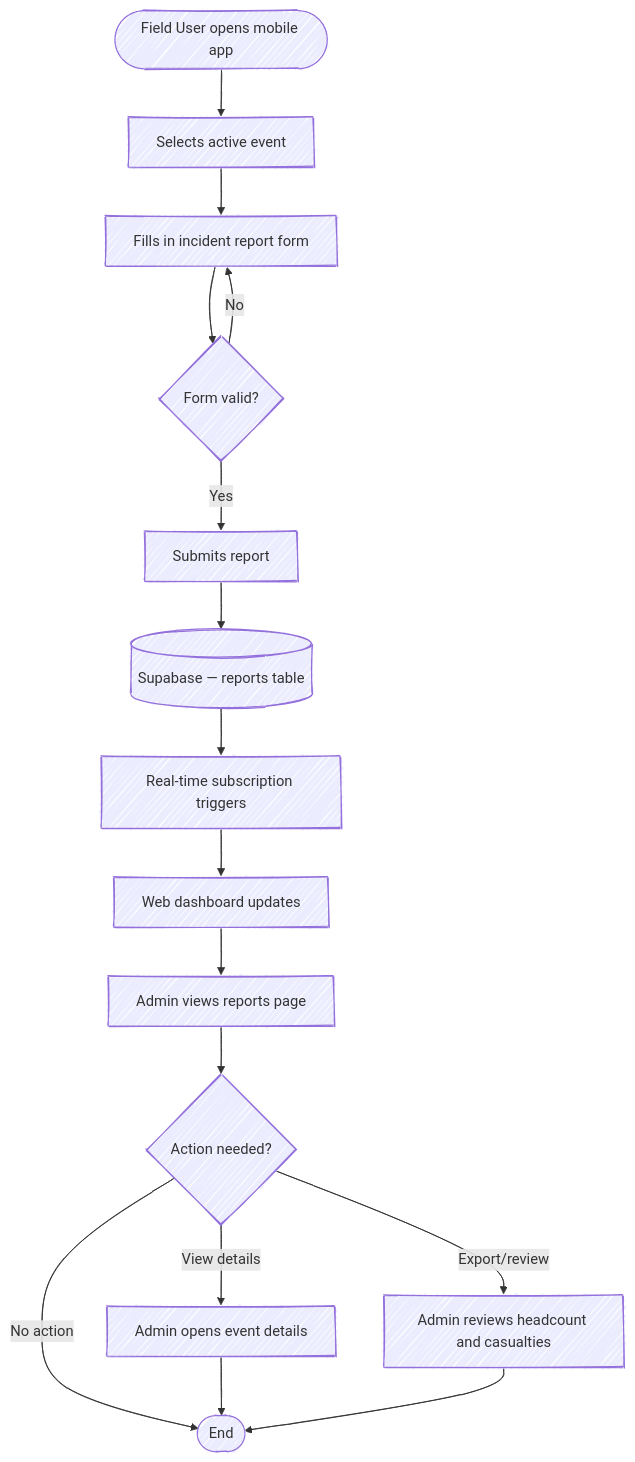
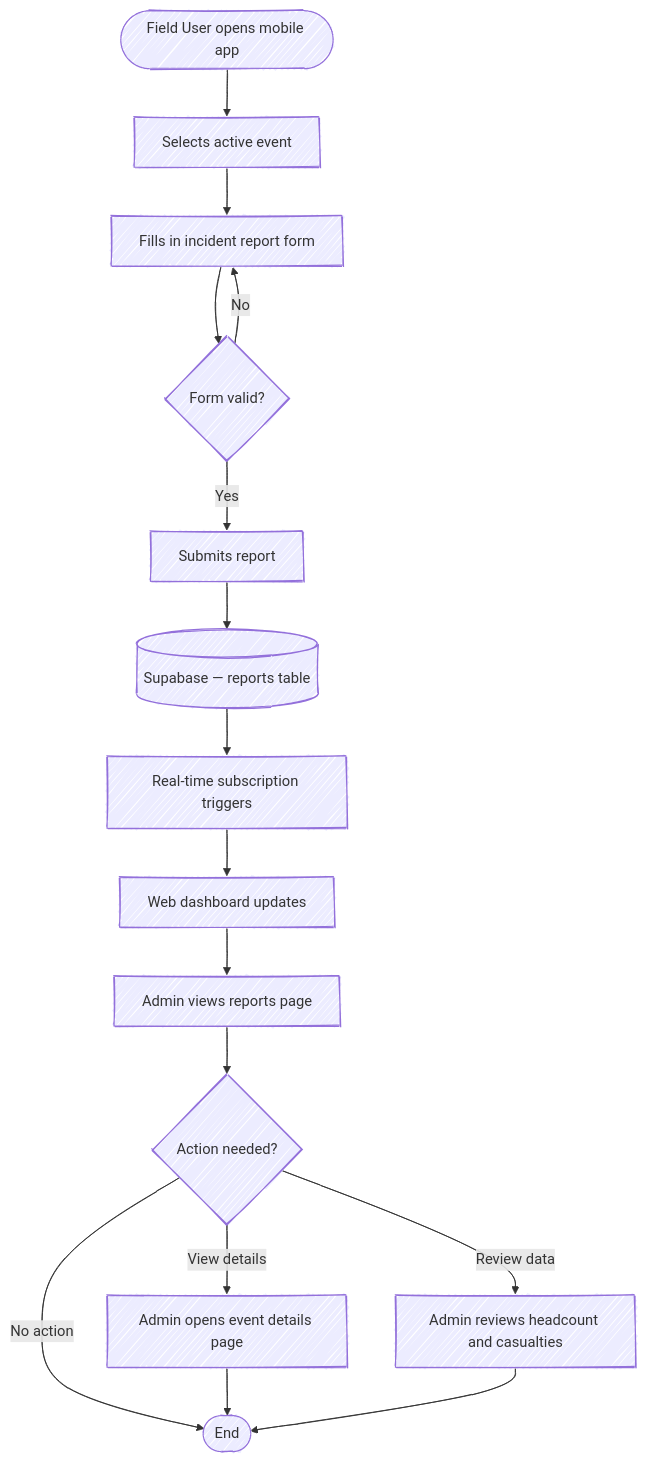
Before and after one commit to bruhhhyannnn/drrm-irs: the fifth of 5 diagrams in README.md, drawn with Mermaid. The commit also changed other lines of this file, not shown here.

````diff
--- a/README.md
+++ b/README.md
@@ -463,24 +513,24 @@
 ```mermaid
 ---
 config:
   layout: dagre
   look: handDrawn
   theme: default
 ---
 flowchart TD
   A([Field User opens mobile app]) --> B[Selects active event]
   B --> C[Fills in incident report form]
   C --> D{Form valid?}
   D -- No --> C
   D -- Yes --> E[Submits report]
   E --> F[(Supabase — reports table)]
   F --> G[Real-time subscription triggers]
   G --> H[Web dashboard updates]
   H --> I[Admin views reports page]
   I --> J{Action needed?}
-  J -- View details --> K[Admin opens event details]
-  J -- Export/review --> L[Admin reviews headcount and casualties]
+  J -- View details --> K[Admin opens event details page]
+  J -- Review data --> L[Admin reviews headcount and casualties]
   J -- No action --> M([End])
   K --> M
   L --> M
 ```
````
